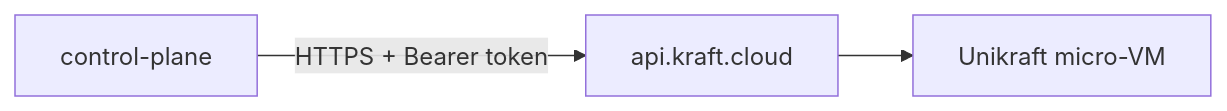
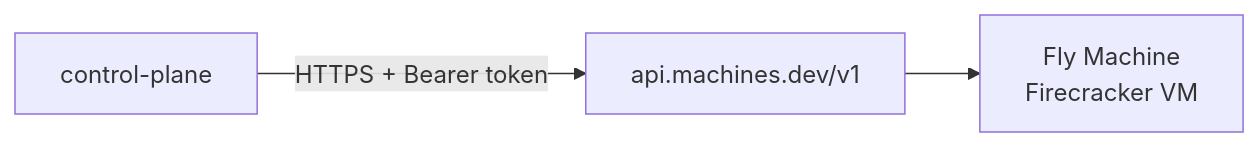
The third of 3 diagrams in docs/provisioners.md (Travbz/control-plane), drawn with Mermaid before and after one commit. The commit also changed other lines of this file and 27 other files, not shown here.

First line of the commit message:
docs: update architecture, config, provisioners, and secret-store docs

````diff
--- a/docs/provisioners.md
+++ b/docs/provisioners.md
@@ -88,5 +101,5 @@
 ```mermaid
 flowchart LR
-    CP[control-plane] -->|"HTTPS + Bearer token"| API["api.kraft.cloud"]
-    API --> VM[Unikraft micro-VM]
+    CP[control-plane] -->|"HTTPS + Bearer token"| API["api.machines.dev/v1"]
+    API --> VM[Fly Machine<br/>Firecracker VM]
 ```
````
